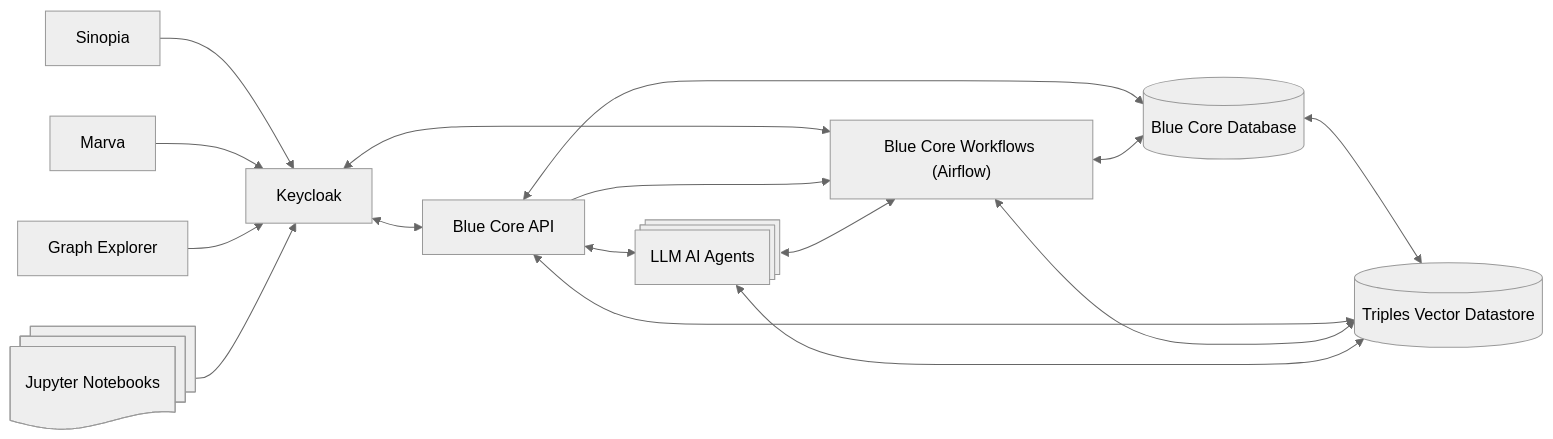
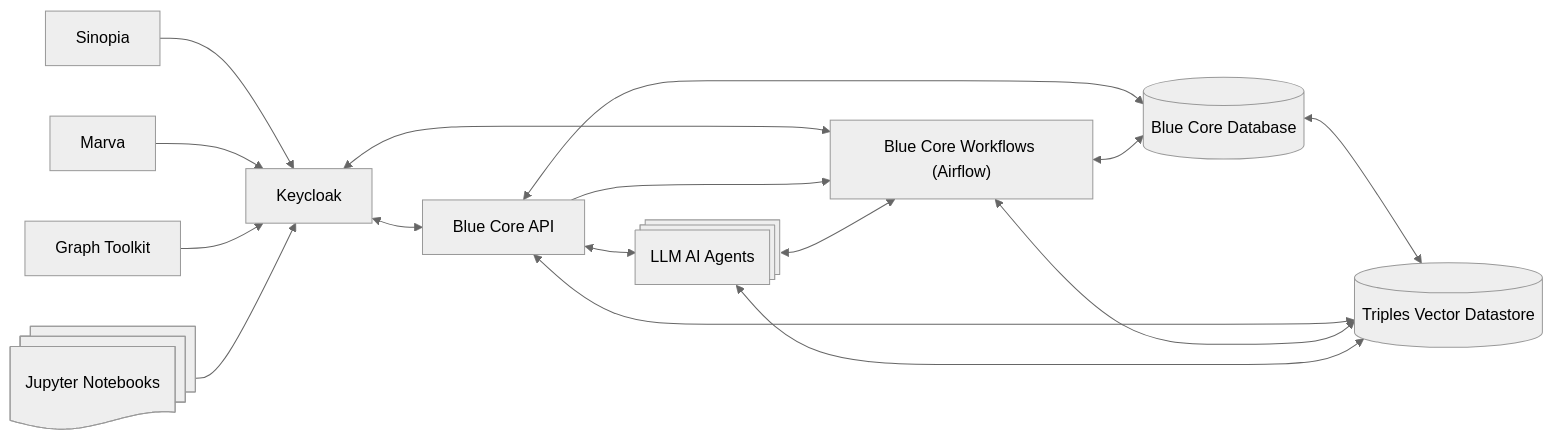
The diagram in README.md (blue-core-lod/bluecore-stack), drawn with Mermaid (neutral theme) before and after one commit.

Commit message:
Update to Graph Toolkit

````diff
--- a/README.md
+++ b/README.md
@@ -123,19 +123,19 @@
 ```mermaid
 graph LR;
     sinopia["Sinopia"] --> keycloak["Keycloak"]
     marva["Marva"] --> keycloak
-    graph_explorer["Graph Explorer"] --> keycloak
+    graph_toolkit["Graph Toolkit"] --> keycloak
     notebooks@{ shape: docs, label: "Jupyter Notebooks"} --> keycloak
 
     keycloak <--> api["Blue Core API"]
     keycloak <--> workflows["Blue Core Workflows (Airflow)"]
     api <--> db[("Blue Core Database")]
     api --> workflows
     workflows <--> db
     db <--> vector_db[("Triples Vector Datastore")]
     api <--> vector_db
     workflows <--> vector_db
     api <--> ai_agents@{ shape: procs, label: "LLM AI Agents"}
     ai_agents <--> workflows
     ai_agents <--> vector_db
 ```
````
